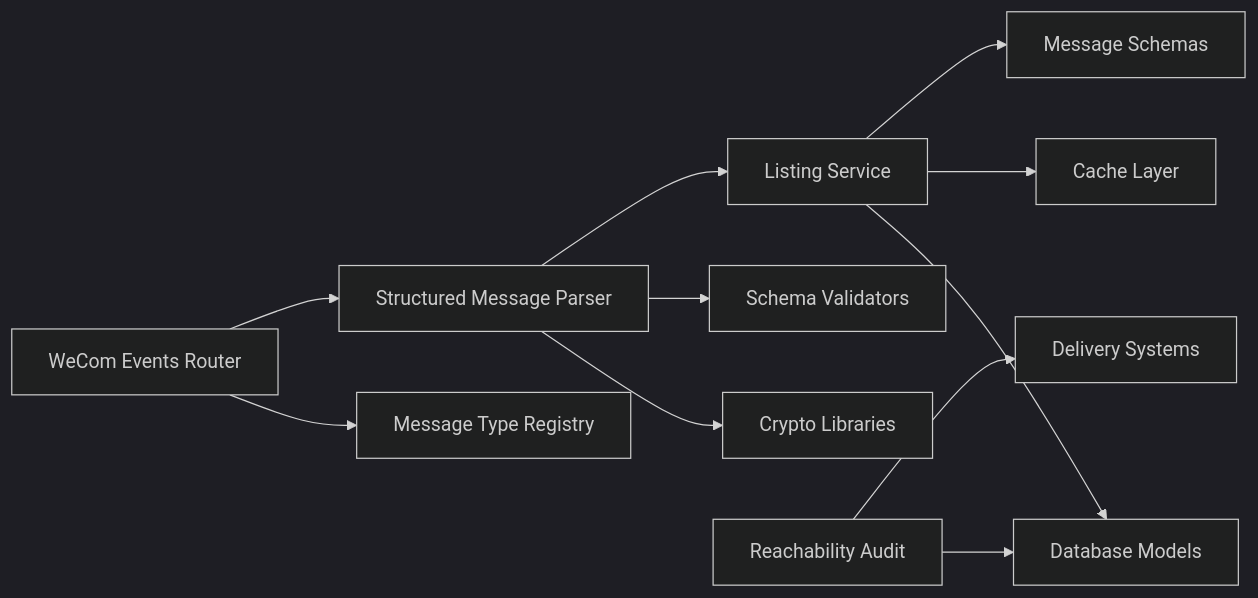
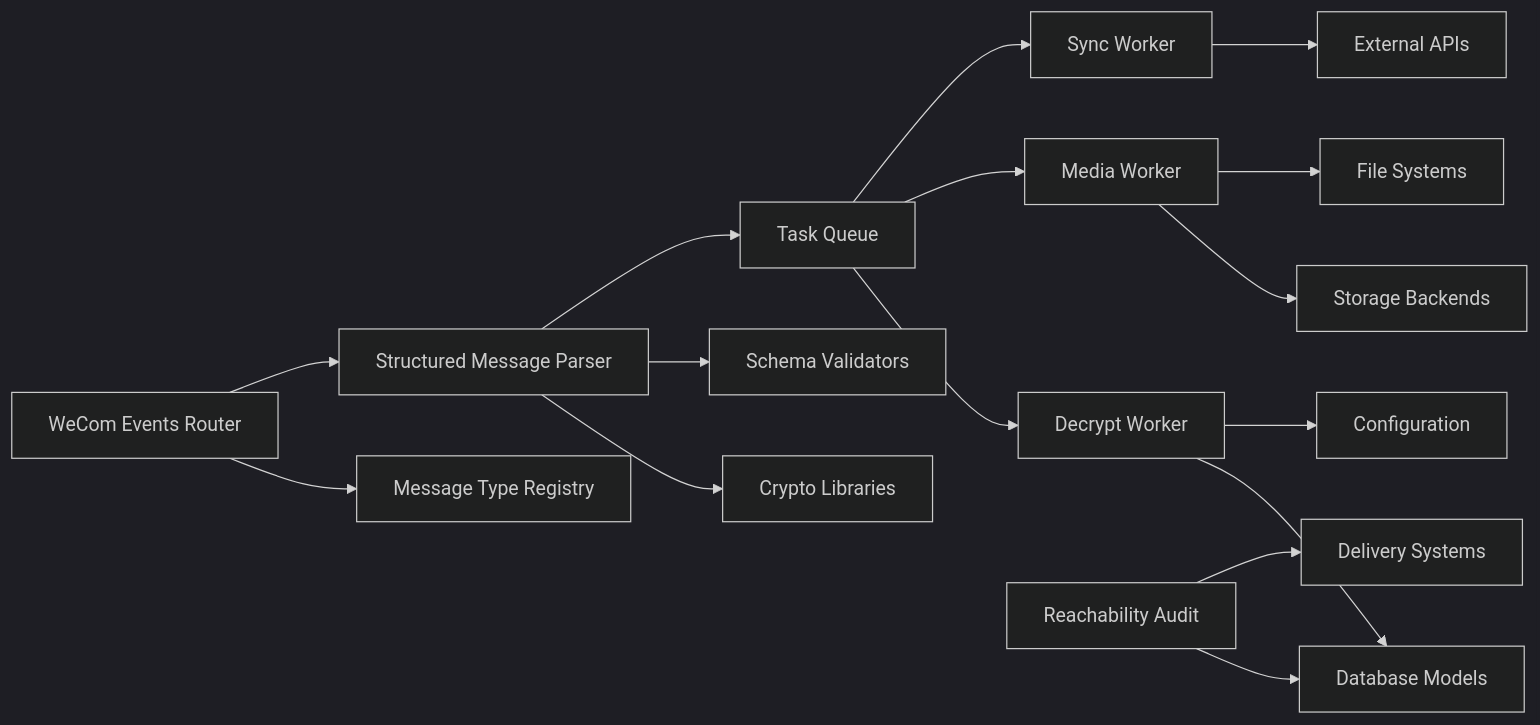
Before and after one commit to zuohaisu/wecom-archive: the fifth of 5 diagrams in .qoder/repowiki/en/content/Architecture/Message Processing Pipeline/Message Processing Pipeline.md, drawn with Mermaid (dark theme). The commit also changed other lines of this file and 90 other files, not shown here.

````diff
--- a/.qoder/repowiki/en/content/Architecture/Message Processing Pipeline/Message Processing Pipeline.md
+++ b/.qoder/repowiki/en/content/Architecture/Message Processing Pipeline/Message Processing Pipeline.md
@@ -315,13 +392,18 @@
 ```mermaid
 graph LR
 Router["WeCom Events Router"] --> Registry["Message Type Registry"]
 Router --> Parser["Structured Message Parser"]
 Parser --> Crypto["Crypto Libraries"]
 Parser --> Validator["Schema Validators"]
-Parser --> Listing["Listing Service"]
-Listing --> DB["Database Models"]
-Listing --> Cache["Cache Layer"]
-Listing --> Schemas["Message Schemas"]
+Parser --> Queue["Task Queue"]
+Queue --> DecryptWorker["Decrypt Worker"]
+Queue --> MediaWorker["Media Worker"]
+Queue --> SyncWorker["Sync Worker"]
+DecryptWorker --> DB["Database Models"]
+DecryptWorker --> Config["Configuration"]
+MediaWorker --> Storage["Storage Backends"]
+MediaWorker --> FS["File Systems"]
+SyncWorker --> External["External APIs"]
 Audit["Reachability Audit"] --> DB
 Audit --> Delivery["Delivery Systems"]
 ```
````
